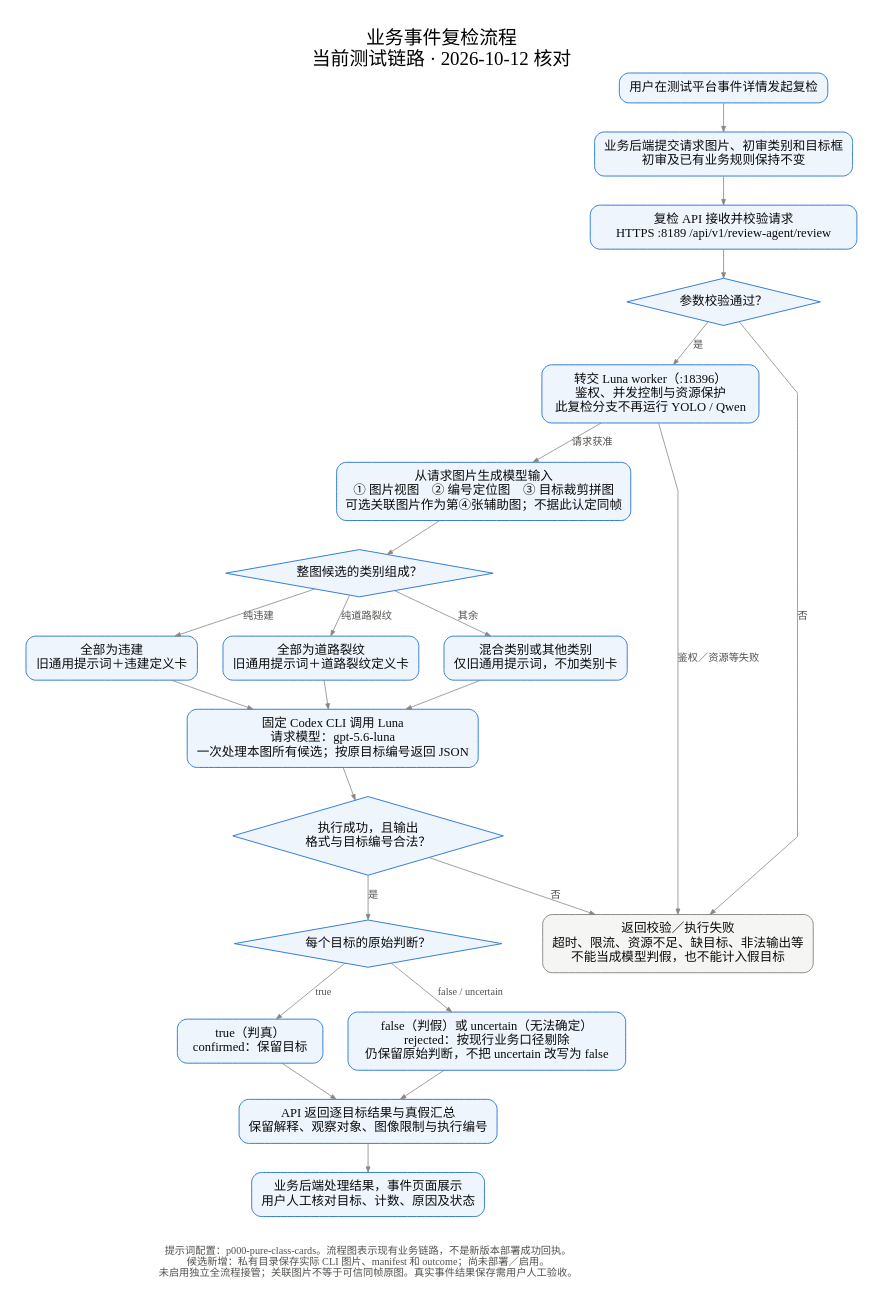
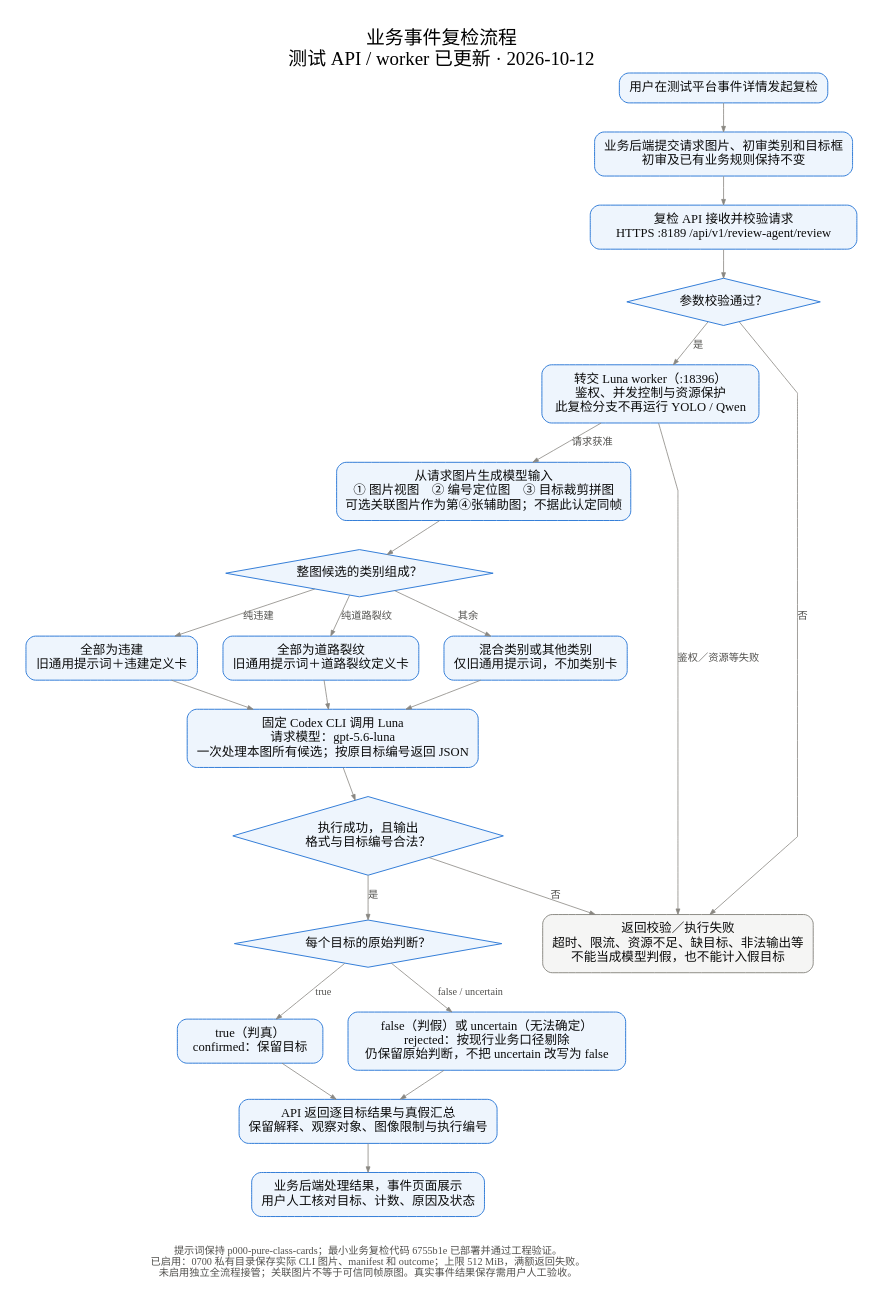
Before and after one commit to kairosbladex/review-annotation-platform: the diagram in docs/diagrams/luna-business-review.dot, drawn with Graphviz. The commit also changed 3 other files, not shown here.

```diff
--- a/docs/diagrams/luna-business-review.dot
+++ b/docs/diagrams/luna-business-review.dot
@@ -1,51 +1,51 @@
 digraph LunaReview {
   graph [rankdir=TB, bgcolor="white", pad=0.35, nodesep=0.45, ranksep=0.48, splines=polyline,
     fontname="PingFang SC", fontsize=24, labelloc=t,
-    label="业务事件复检流程\n当前测试链路 · 2026-10-12 核对"];
+    label="业务事件复检流程\n测试 API / worker 已更新 · 2026-10-12"];
   node [shape=box, style="rounded,filled", fillcolor="#eef5fd", color="#2a78d6",
     fontcolor="#0b0b0b", fontname="PingFang SC", fontsize=16, penwidth=1.2, margin="0.20,0.14"];
   edge [color="#898781", fontcolor="#52514e", fontname="PingFang SC", fontsize=13, arrowsize=0.7];
 
   start [label="用户在测试平台事件详情发起复检"];
   business [label="业务后端提交请求图片、初审类别和目标框\n初审及已有业务规则保持不变"];
   api [label="复检 API 接收并校验请求\nHTTPS :8189 /api/v1/review-agent/review"];
   valid [shape=diamond, style=filled, label="参数校验通过？", margin=0.08];
   worker [label="转交 Luna worker（:18396）\n鉴权、并发控制与资源保护\n此复检分支不再运行 YOLO / Qwen"];
   views [label="从请求图片生成模型输入\n① 图片视图　② 编号定位图　③ 目标裁剪拼图\n可选关联图片作为第④张辅助图；不据此认定同帧"];
   cards [shape=diamond, style=filled, label="整图候选的类别组成？", margin=0.08];
   building [label="全部为违建\n旧通用提示词＋违建定义卡"];
   crack [label="全部为道路裂纹\n旧通用提示词＋道路裂纹定义卡"];
   other [label="混合类别或其他类别\n仅旧通用提示词，不加类别卡"];
   luna [label="固定 Codex CLI 调用 Luna\n请求模型：gpt-5.6-luna\n一次处理本图所有候选；按原目标编号返回 JSON"];
   success [shape=diamond, style=filled, label="执行成功，且输出\n格式与目标编号合法？", margin=0.10];
   decision [shape=diamond, style=filled, label="每个目标的原始判断？", margin=0.08];
   keep [label="true（判真）\nconfirmed：保留目标"];
   reject [label="false（判假）或 uncertain（无法确定）\nrejected：按现行业务口径剔除\n仍保留原始判断，不把 uncertain 改写为 false"];
   result [label="API 返回逐目标结果与真假汇总\n保留解释、观察对象、图像限制与执行编号"];
   display [label="业务后端处理结果，事件页面展示\n用户人工核对目标、计数、原因及状态"];
   failure [label="返回校验／执行失败\n超时、限流、资源不足、缺目标、非法输出等\n不能当成模型判假，也不能计入假目标", fillcolor="#f5f5f4", color="#898781"];
 
   start -> business -> api -> valid;
   valid -> worker [label="是"];
   valid -> failure [label="否"];
   worker -> views [label="请求获准"];
   worker -> failure [label="鉴权／资源等失败"];
   views -> cards;
   cards -> building [label="纯违建"];
   cards -> crack [label="纯道路裂纹"];
   cards -> other [label="其余"];
   { rank=same; building; crack; other; }
   building -> luna; crack -> luna; other -> luna;
   luna -> success;
   success -> decision [label="是"];
   success -> failure [label="否"];
   decision -> keep [label="true"];
   decision -> reject [label="false / uncertain"];
   { rank=same; keep; reject; }
   keep -> result; reject -> result;
   result -> display;
 
   note [shape=plain, style="", fontsize=13, fontcolor="#52514e",
-    label="提示词配置：p000-pure-class-cards。流程图表示现有业务链路，不是新版本部署成功回执。\n候选新增：私有目录保存实际 CLI 图片、manifest 和 outcome；尚未部署／启用。\n未启用独立全流程接管；关联图片不等于可信同帧原图。真实事件结果保存需用户人工验收。"];
+    label="提示词保持 p000-pure-class-cards；最小业务复检代码 6755b1e 已部署并通过工程验证。\n已启用：0700 私有目录保存实际 CLI 图片、manifest 和 outcome；上限 512 MiB，满额返回失败。\n未启用独立全流程接管；关联图片不等于可信同帧原图。真实事件结果保存需用户人工验收。"];
   display -> note [style=invis];
 }
```
